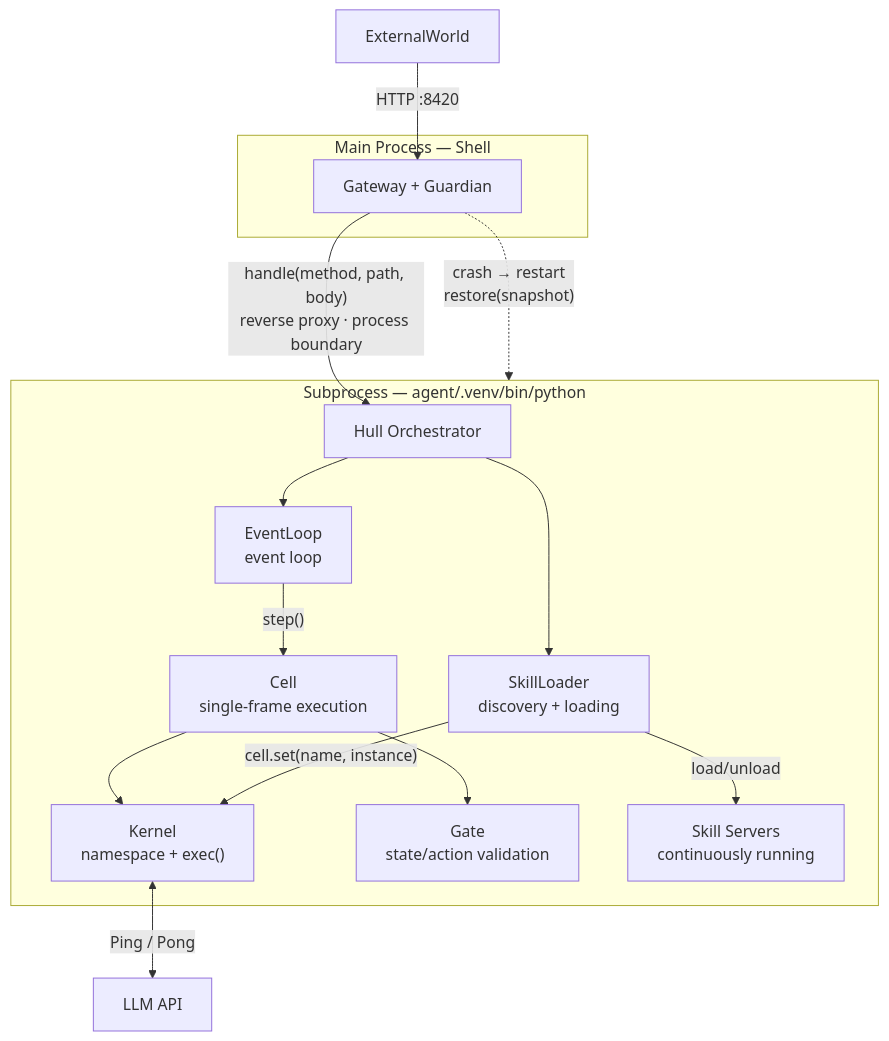
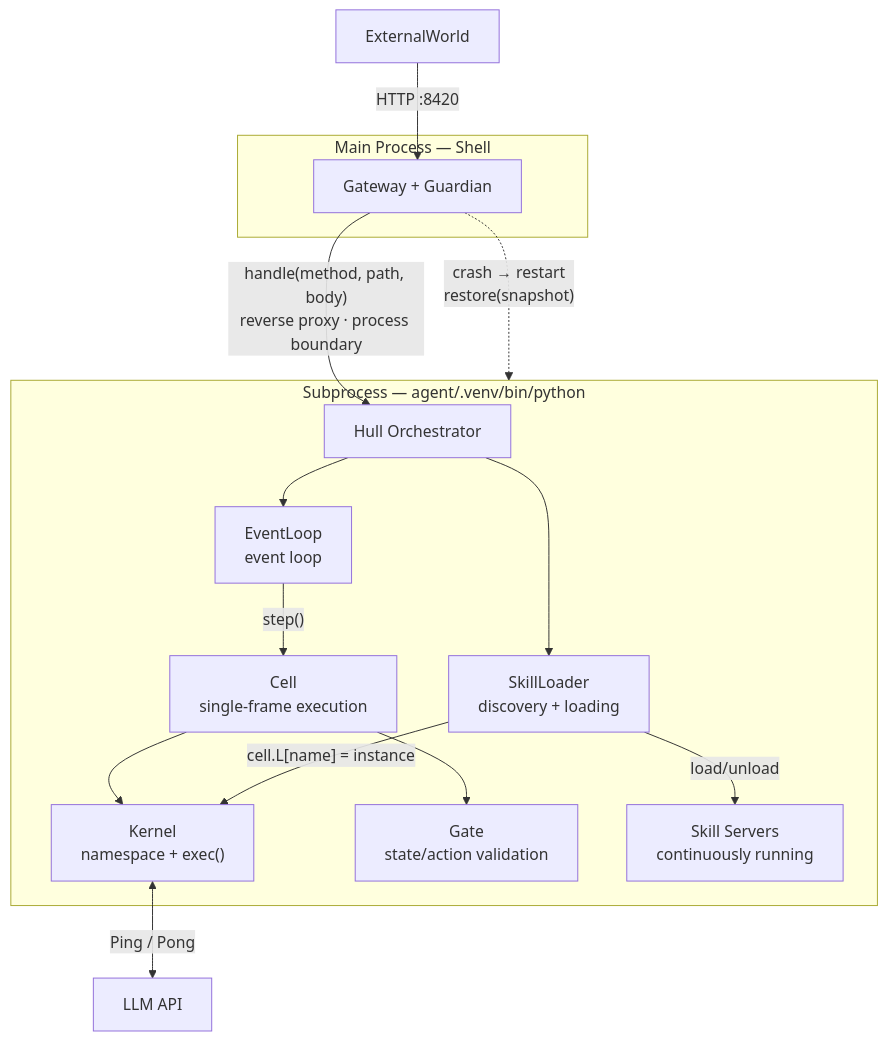
The second of 6 diagrams in src/vessal/CONTEXT.md (vessal-ai/vessal), drawn with Mermaid before and after one commit. The commit also changed 4 other files, not shown here.

````diff
--- a/src/vessal/CONTEXT.md
+++ b/src/vessal/CONTEXT.md
@@ -70,31 +70,31 @@
 ```mermaid
 flowchart TB
     ExternalWorld -->|"HTTP :8420"| Shell
 
     subgraph MainProcess["Main Process — Shell"]
         Shell["Gateway + Guardian"]
     end
 
     Shell -->|"handle(method, path, body)\nreverse proxy · process boundary"| Hull
 
     subgraph SubProcess["Subprocess — agent/.venv/bin/python"]
         Hull["Hull Orchestrator"]
         EL["EventLoop\nevent loop"]
         SM["SkillLoader\ndiscovery + loading"]
         Cell["Cell\nsingle-frame execution"]
         Kernel["Kernel\nnamespace + exec()"]
         Gate["Gate\nstate/action validation"]
         SkillSrv["Skill Servers\ncontinuously running"]
 
         Hull --> EL
         Hull --> SM
         EL -->|"step()"| Cell
         Cell --> Kernel
         Cell --> Gate
         SM -->|"load/unload"| SkillSrv
-        SM -->|"cell.set(name, instance)"| Kernel
+        SM -->|"cell.L[name] = instance"| Kernel
     end
 
     Kernel <-->|"Ping / Pong"| LLM["LLM API"]
     Shell -.->|"crash → restart\nrestore(snapshot)"| SubProcess
 ```
````
